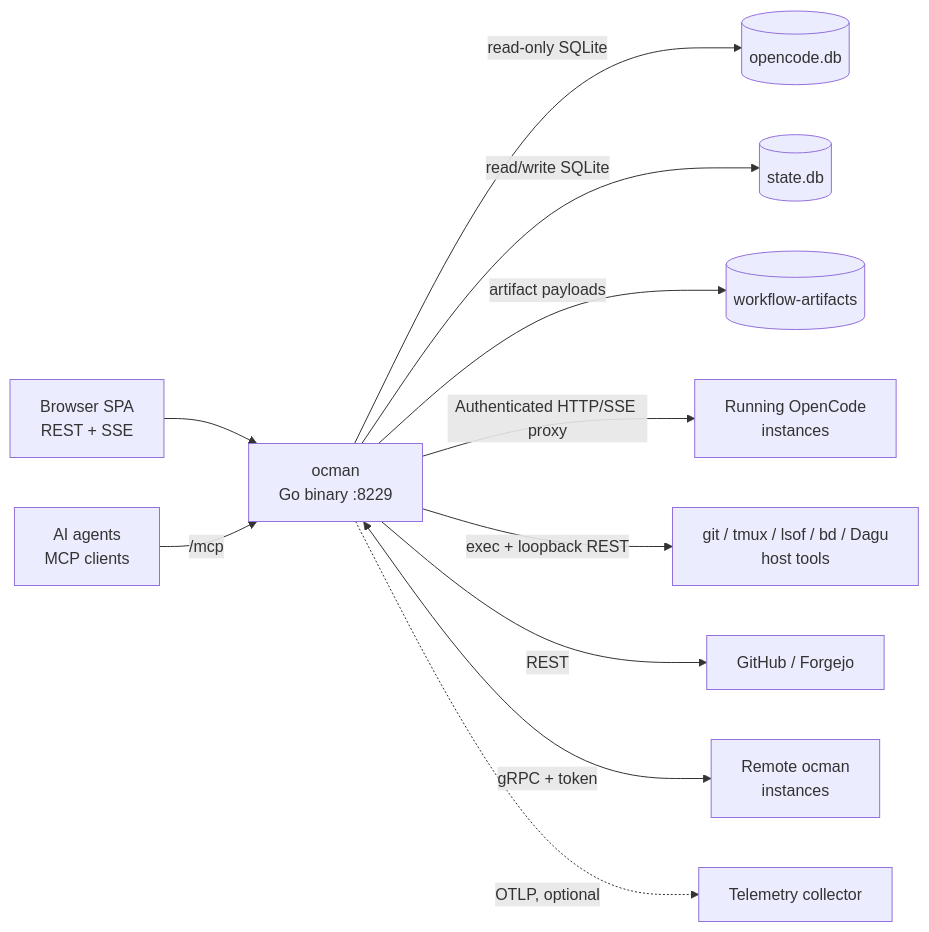
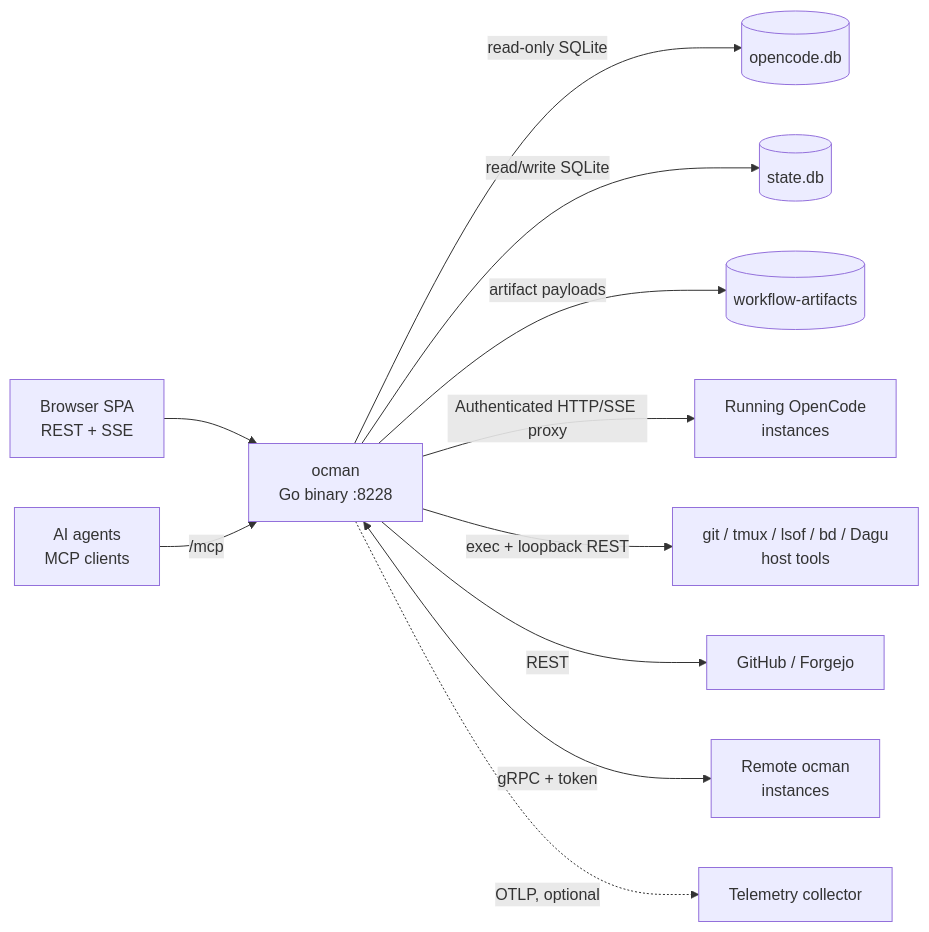
The second of 5 diagrams in docs/other/architecture.md (ocman/ocman), drawn with Mermaid before and after one commit. The commit also changed other lines of this file, not shown here.

First line of the commit message:
docs: label the system-context diagram with the production port (#530)

````diff
--- a/docs/other/architecture.md
+++ b/docs/other/architecture.md
@@ -45,13 +45,13 @@
 ```mermaid
 flowchart LR
-    Browser[Browser SPA<br/>REST + SSE] --> Ocman[ocman<br/>Go binary :8229]
+    Browser[Browser SPA<br/>REST + SSE] --> Ocman[ocman<br/>Go binary :8228]
     Agent[AI agents<br/>MCP clients] -->|/mcp| Ocman
     Ocman -->|read-only SQLite| OCDB[(opencode.db)]
     Ocman -->|read/write SQLite| StateDB[(state.db)]
     Ocman -->|artifact payloads| Blobs[(workflow-artifacts)]
     Ocman -->|Authenticated HTTP/SSE proxy| OCInst[Running OpenCode<br/>instances]
     Ocman -->|exec + loopback REST| Shell[git / tmux / lsof / bd / Dagu<br/>host tools]
     Ocman -->|REST| Forges[GitHub / Forgejo]
     Ocman <-->|gRPC + token| Remotes[Remote ocman<br/>instances]
     Ocman -.->|OTLP, optional| Otel[Telemetry collector]
 ```
````
